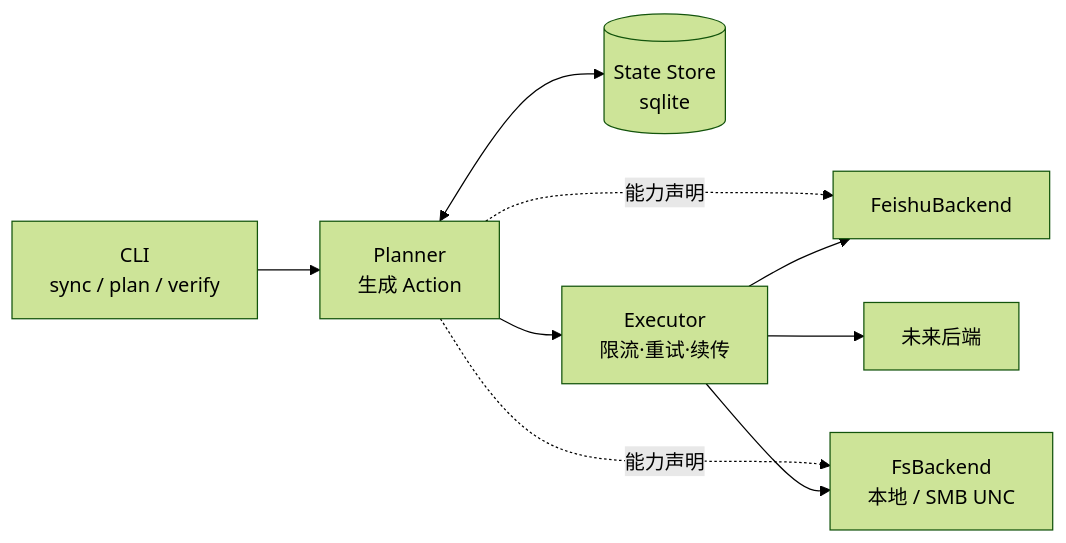
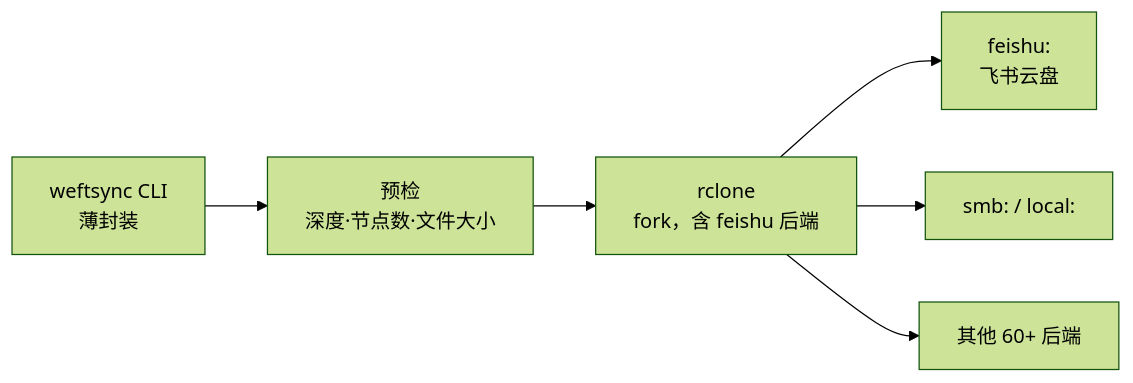
One commit to xuhuaya0/weftsync changed the diagram in PLAN.md. Above: the diagram before and after it, drawn with Mermaid (forest theme). The commit also changed other lines of this file and 7 other files, not shown here.

Commit message:
feat(security): secret scanner + pre-commit hook; docs: switch to rclone fork

````diff
--- a/PLAN.md
+++ b/PLAN.md
@@ -108,11 +126,8 @@
 ```mermaid
 flowchart LR
-    C[CLI<br/>sync / plan / verify] --> P[Planner<br/>生成 Action]
-    P <--> S[(State Store<br/>sqlite)]
-    P --> X[Executor<br/>限流·重试·续传]
-    X --> FB[FeishuBackend]
-    X --> FS[FsBackend<br/>本地 / SMB UNC]
-    X --> NB[未来后端]
-    P -.能力声明.-> FB
-    P -.能力声明.-> FS
+    C[weftsync CLI<br/>薄封装] --> V[预检<br/>深度·节点数·文件大小]
+    V --> R[rclone<br/>fork，含 feishu 后端]
+    R --> FB[feishu:  \n飞书云盘]
+    R --> SMB[smb: / local:]
+    R --> OT[其他 60+ 后端]
 ```
````
